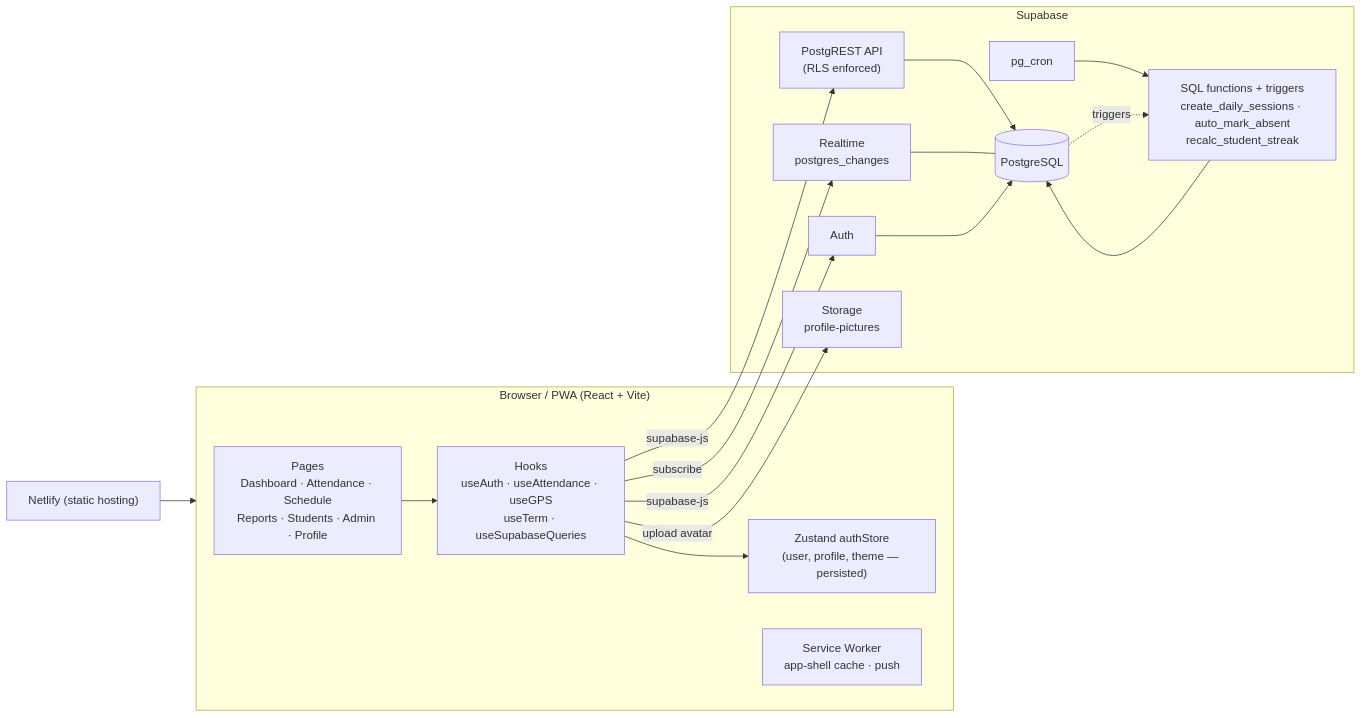
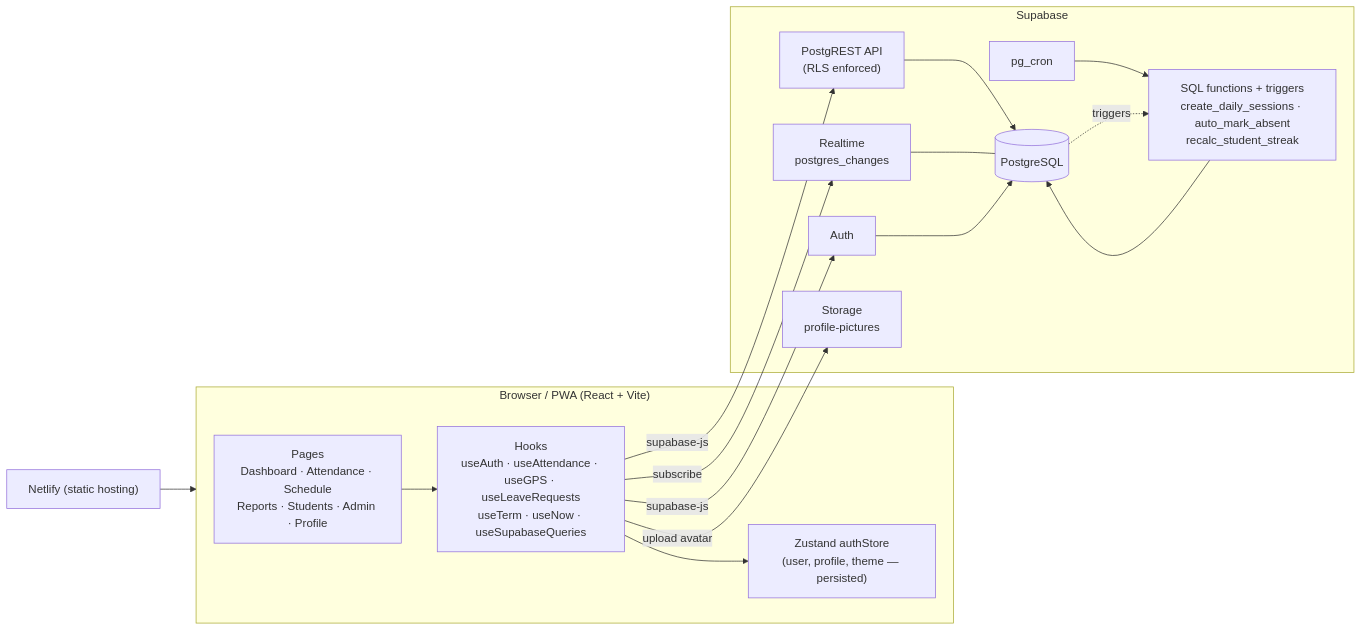
Before and after one commit to wachirawitraksa/marching-band-attendance: the first of 15 diagrams in README.md, drawn with Mermaid. The commit also changed other lines of this file and 1 other file, not shown here.

````diff
--- a/README.md
+++ b/README.md
@@ -96,32 +109,31 @@
 ```mermaid
 flowchart LR
     subgraph Client["Browser / PWA (React + Vite)"]
         UI["Pages<br/>Dashboard · Attendance · Schedule<br/>Reports · Students · Admin · Profile"]
-        Hooks["Hooks<br/>useAuth · useAttendance · useGPS<br/>useTerm · useSupabaseQueries"]
+        Hooks["Hooks<br/>useAuth · useAttendance · useGPS · useLeaveRequests<br/>useTerm · useNow · useSupabaseQueries"]
         Store["Zustand authStore<br/>(user, profile, theme — persisted)"]
-        SW["Service Worker<br/>app-shell cache · push"]
         UI --> Hooks --> Store
     end
 
     subgraph Supabase["Supabase"]
         Auth["Auth"]
         REST["PostgREST API<br/>(RLS enforced)"]
         RT["Realtime<br/>postgres_changes"]
         Storage["Storage<br/>profile-pictures"]
         DB[("PostgreSQL")]
         Cron["pg_cron"]
         Fn["SQL functions + triggers<br/>create_daily_sessions · auto_mark_absent<br/>recalc_student_streak"]
     end
 
     Hooks -- "supabase-js" --> Auth
     Hooks -- "supabase-js" --> REST
     Hooks -- "subscribe" --> RT
     Hooks -- "upload avatar" --> Storage
     REST --> DB
     RT --- DB
     Auth --> DB
     Cron --> Fn --> DB
     DB -. "triggers" .-> Fn
 
     Netlify["Netlify (static hosting)"] --> Client
 ```
````
